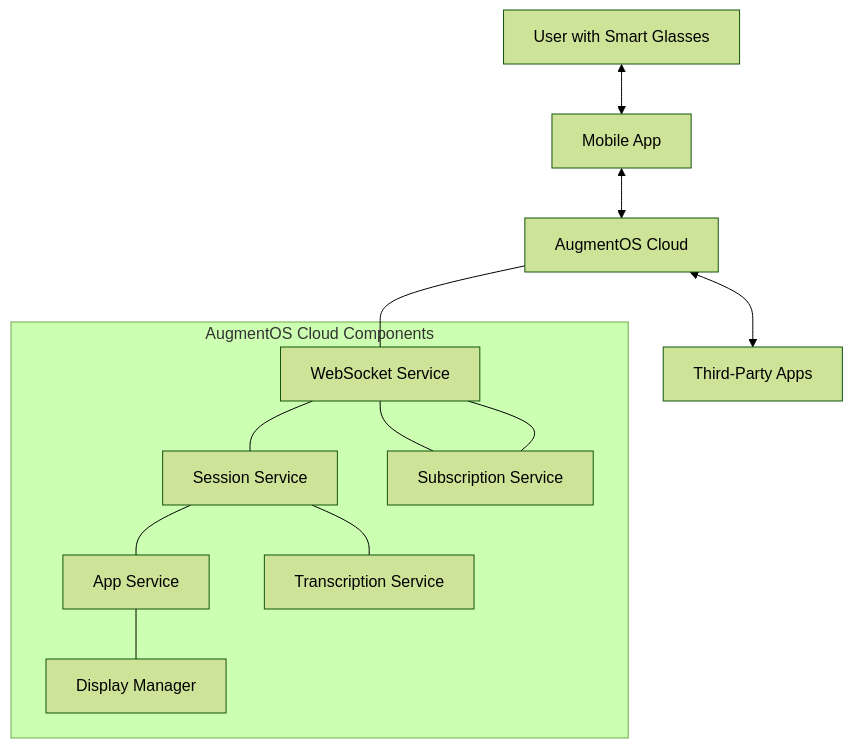
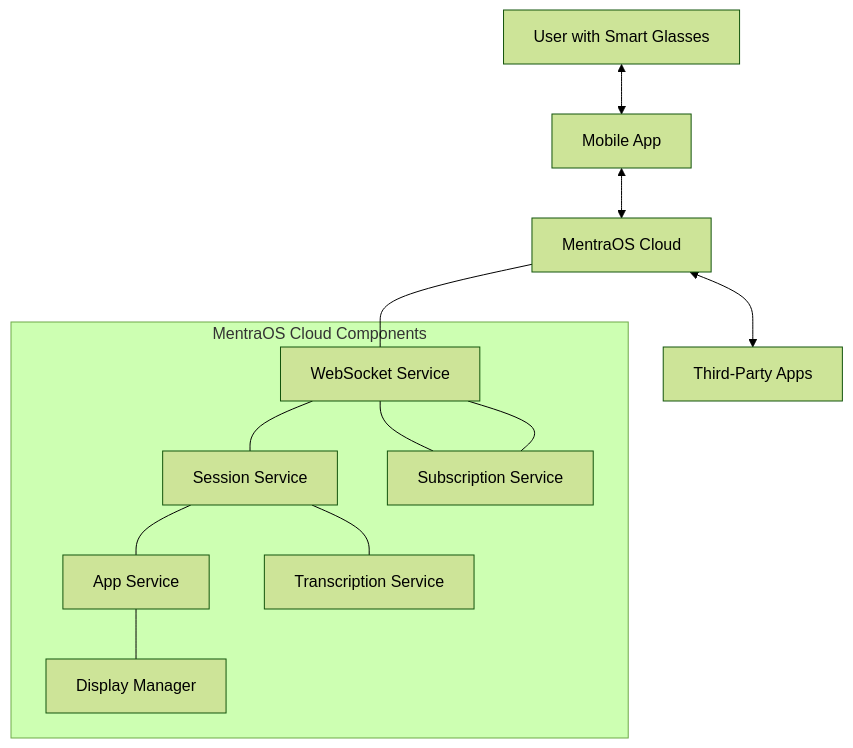
One commit to ebowwa/MentraOS changed the diagram in augmentos_cloud/docs/0. overview.md. Above: the diagram before and after it, drawn with Mermaid (forest theme). The commit also changed other lines of this file and 200 other files, not shown here.

````diff
--- a/augmentos_cloud/docs/0. overview.md
+++ b/augmentos_cloud/docs/0. overview.md
@@ -56,28 +56,28 @@
 ```mermaid
 graph TD
     User[User with Smart Glasses]
     Phone[Mobile App]
-    Cloud[AugmentOS Cloud]
+    Cloud[MentraOS Cloud]
     TPAs[Third-Party Apps]
-    
+
     User <--> Phone
     Phone <--> Cloud
     Cloud <--> TPAs
-    
-    subgraph "AugmentOS Cloud Components"
+
+    subgraph "MentraOS Cloud Components"
         WebSocket[WebSocket Service]
         Session[Session Service]
         App[App Service]
         Subscription[Subscription Service]
         Transcription[Transcription Service]
         Display[Display Manager]
     end
-    
+
     Cloud --- WebSocket
     WebSocket --- Session
     WebSocket --- Subscription
     Session --- Transcription
     Session --- App
     App --- Display
     Subscription --- WebSocket
 ```
````
